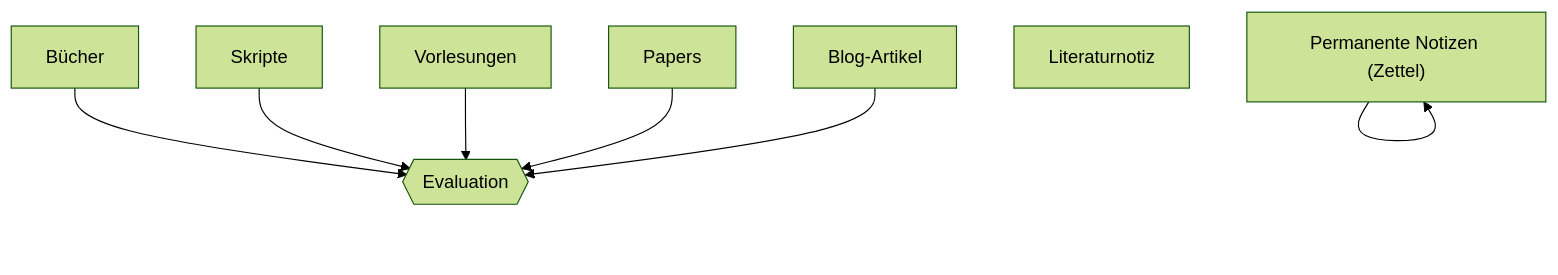
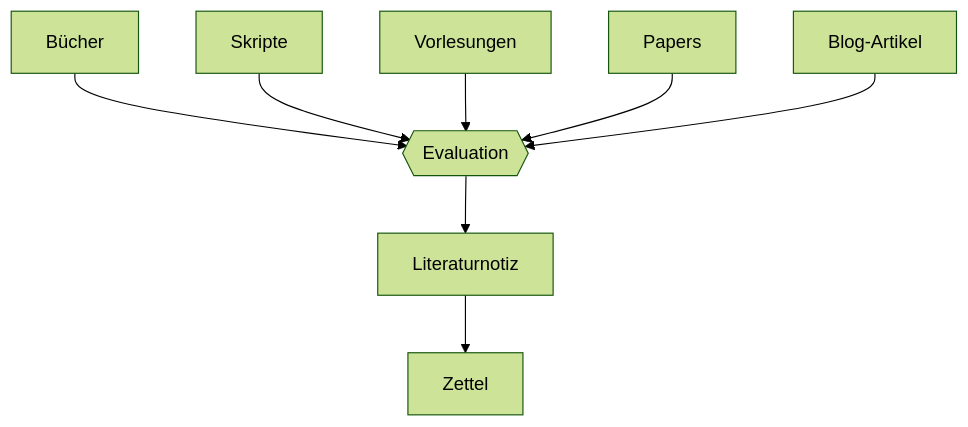
The diagram in System/Informationsverarbeitung.md (julianstoerig/zettelkasten), drawn with Mermaid (forest theme) before and after one commit.

Commit message:
automatic version-control: 2021-01-11 22:27:50

````diff
--- a/System/Informationsverarbeitung.md
+++ b/System/Informationsverarbeitung.md
@@ -1,19 +1,21 @@
 ```mermaid
 graph TD;
 
 B["Bücher"]
 S["Skripte"]
 V["Vorlesungen"]
 P["Papers"]
 A["Blog-Artikel"]
 
 E{{"Evaluation"}}
 
 L["Literaturnotiz"]
-Z["Permanente Notizen (Zettel)"]
+Z["Zettel"]
 
 B & S & V & P & A --> E
 
-Z -->Z
+E --> L
+L --> Z
+
 
 ```
````
